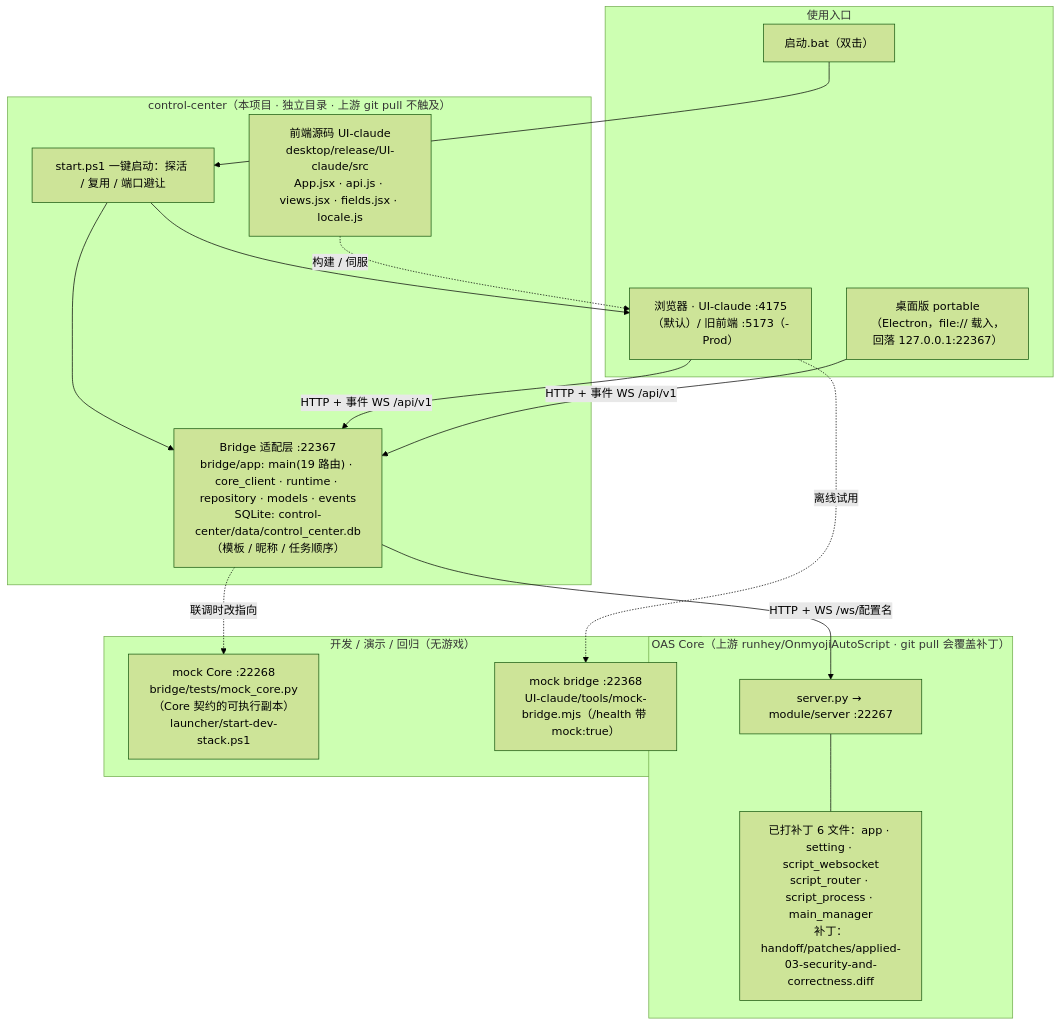
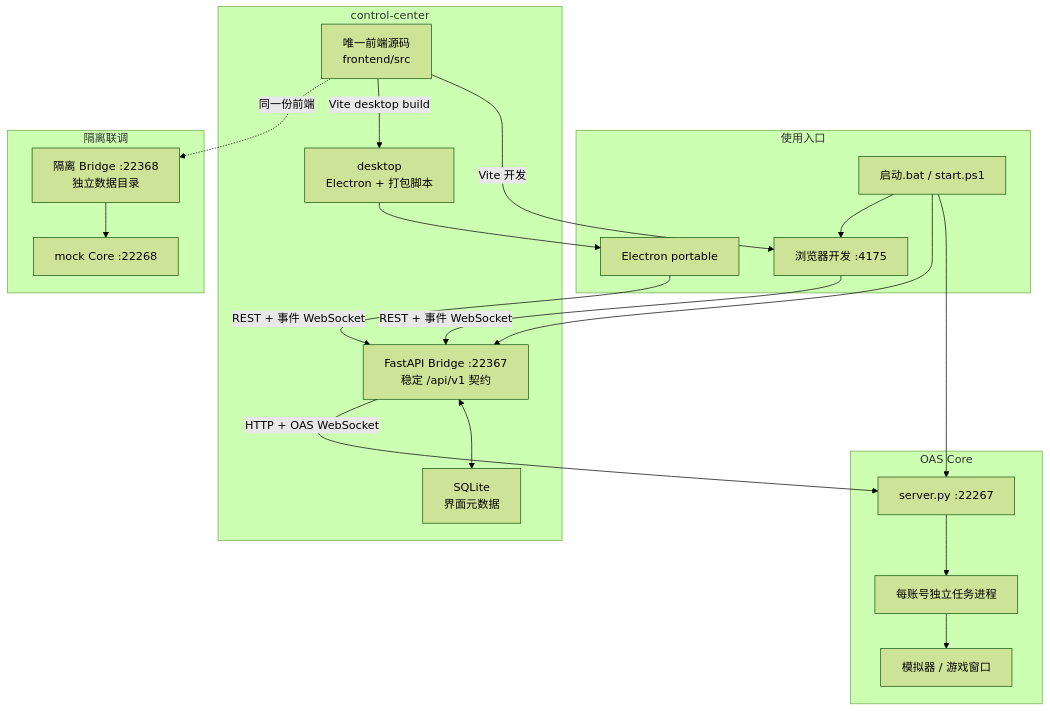
The diagram in control-center/docs/architecture.md (MK6657/OnmyojiAutoScript), drawn with Mermaid (forest theme) before and after one commit. The commit also changed other lines of this file and 552 other files, not shown here.

````diff
--- a/control-center/docs/architecture.md
+++ b/control-center/docs/architecture.md
@@ -12,31 +7,36 @@
 ```mermaid
 flowchart TB
-    subgraph CLIENT["使用入口"]
-        BAT["启动.bat（双击）"]
-        BROWSER["浏览器 · UI-claude :4175（默认）/ 旧前端 :5173（-Prod）"]
-        DESKTOP["桌面版 portable（Electron，file:// 载入，回落 127.0.0.1:22367）"]
+    subgraph ENTRY["使用入口"]
+        BAT["启动.bat / start.ps1"]
+        BROWSER["浏览器开发 :4175"]
+        DESKTOP["Electron portable"]
     end
-    subgraph CC["control-center（本项目 · 独立目录 · 上游 git pull 不触及）"]
-        START["start.ps1 一键启动：探活 / 复用 / 端口避让"]
-        UI["前端源码 UI-claude<br/>desktop/release/UI-claude/src<br/>App.jsx · api.js · views.jsx · fields.jsx · locale.js"]
-        BRIDGE["Bridge 适配层 :22367<br/>bridge/app: main(19 路由) · core_client · runtime · repository · models · events<br/>SQLite: control-center/data/control_center.db（模板 / 昵称 / 任务顺序）"]
+    subgraph CONTROL["control-center"]
+        UI["唯一前端源码<br/>frontend/src"]
+        BRIDGE["FastAPI Bridge :22367<br/>稳定 /api/v1 契约"]
+        DB["SQLite<br/>界面元数据"]
+        SHELL["desktop<br/>Electron + 打包脚本"]
     end
-    subgraph CORE["OAS Core（上游 runhey/OnmyojiAutoScript · git pull 会覆盖补丁）"]
-        SERVER["server.py → module/server :22267"]
-        PATCH["已打补丁 6 文件：app · setting · script_websocket<br/>script_router · script_process · main_manager<br/>补丁：handoff/patches/applied-03-security-and-correctness.diff"]
+    subgraph OAS["OAS Core"]
+        CORE["server.py :22267"]
+        ACCOUNT["每账号独立任务进程"]
+        GAME["模拟器 / 游戏窗口"]
     end
-    subgraph DEV["开发 / 演示 / 回归（无游戏）"]
-        MOCKCORE["mock Core :22268<br/>bridge/tests/mock_core.py（Core 契约的可执行副本）<br/>launcher/start-dev-stack.ps1"]
-        MOCKBRIDGE["mock bridge :22368<br/>UI-claude/tools/mock-bridge.mjs（/health 带 mock:true）"]
+    subgraph TEST["隔离联调"]
+        MOCKCORE["mock Core :22268"]
+        TESTBRIDGE["隔离 Bridge :22368<br/>独立数据目录"]
     end
-    BAT --> START
-    START --> BROWSER
-    START --> BRIDGE
-    BROWSER -->|"HTTP + 事件 WS /api/v1"| BRIDGE
-    DESKTOP -->|"HTTP + 事件 WS /api/v1"| BRIDGE
-    UI -. 构建 / 伺服 .-> BROWSER
-    BRIDGE -->|"HTTP + WS /ws/配置名"| SERVER
-    SERVER --- PATCH
-    BRIDGE -. 联调时改指向 .-> MOCKCORE
-    BROWSER -. 离线试用 .-> MOCKBRIDGE
+    BAT --> CORE
+    BAT --> BRIDGE
+    BAT --> BROWSER
+    UI -->|"Vite 开发"| BROWSER
+    UI -->|"Vite desktop build"| SHELL
+    SHELL --> DESKTOP
+    BROWSER -->|"REST + 事件 WebSocket"| BRIDGE
+    DESKTOP -->|"REST + 事件 WebSocket"| BRIDGE
+    BRIDGE <--> DB
+    BRIDGE -->|"HTTP + OAS WebSocket"| CORE
+    CORE --> ACCOUNT --> GAME
+    UI -.->|"同一份前端"| TESTBRIDGE
+    TESTBRIDGE --> MOCKCORE
 ```
````
